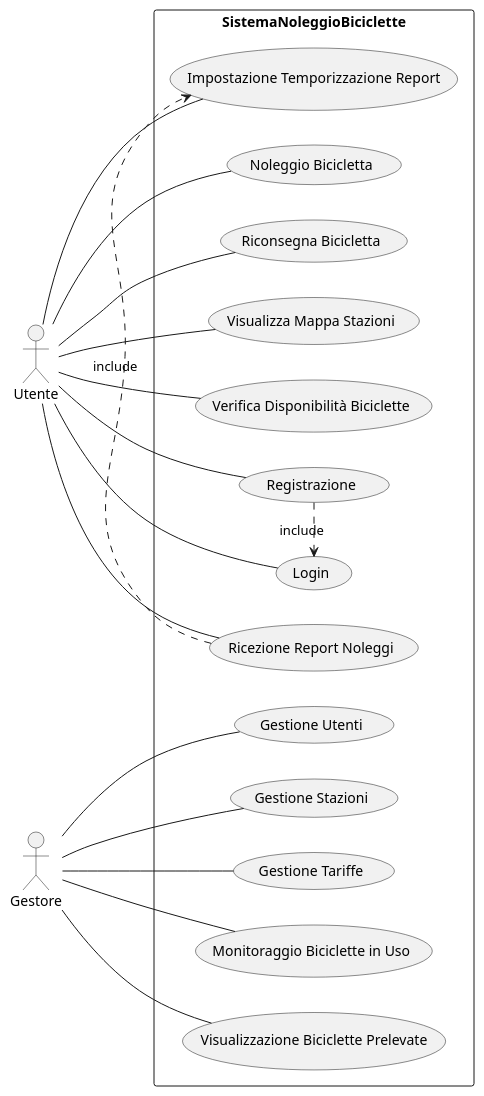
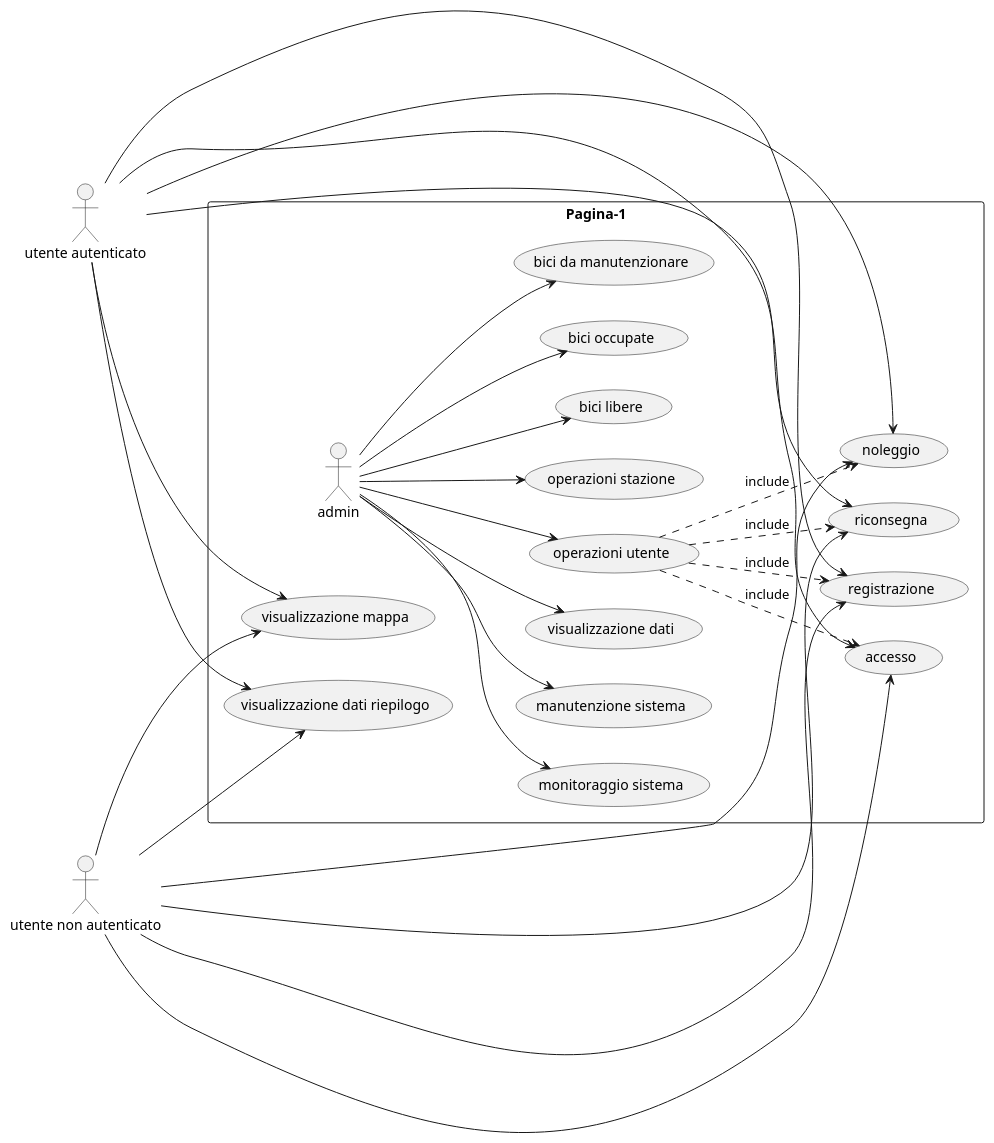
One commit to andredisa/verificaEsame changed the diagram in documentazione/useCase.puml. Above: the diagram before and after it, drawn with PlantUML. The commit also changed 1 other file, not shown here.

```diff
--- a/documentazione/useCase.puml
+++ b/documentazione/useCase.puml
@@ -1,26 +1,54 @@
 @startuml
+
 left to right direction
-skinparam packageStyle rectangle
-actor Utente as U
-actor Gestore as G
 
-rectangle SistemaNoleggioBiciclette {
-  U -- (Registrazione)
-  (Registrazione) .> (Login) : include
-  U -- (Login)
-  U -- (Noleggio Bicicletta)
-  U -- (Riconsegna Bicicletta)
-  U -- (Visualizza Mappa Stazioni)
-  U -- (Verifica Disponibilità Biciclette)
-  U -- (Ricezione Report Noleggi)
-  (Ricezione Report Noleggi) .> (Impostazione Temporizzazione Report) : include
-  U -- (Impostazione Temporizzazione Report)
+actor "utente autenticato" as UtenteAutenticato
+actor "utente non autenticato" as UtenteNonAutenticato
 
-  G -- (Monitoraggio Biciclette in Uso)
-  G -- (Visualizzazione Biciclette Prelevate)
-  G -- (Gestione Utenti)
-  G -- (Gestione Stazioni)
-  G -- (Gestione Tariffe)
+rectangle "Pagina-1" {
+    actor "admin" as Admin
+    usecase "monitoraggio sistema" as Monitoraggio
+    usecase "manutenzione sistema" as Manutenzione
+    usecase "visualizzazione dati" as Visualizzazione
+    usecase "operazioni utente" as OperazioniUtente
+    usecase "operazioni stazione" as OperazioniStazione
+    usecase "bici libere" as BiciLibere
+    usecase "bici occupate" as BiciOccupate
+    usecase "bici da manutenzionare" as BiciDaManutenzionare
+    usecase "registrazione" as Registrazione
+    usecase "visualizzazione mappa" as VisualizzazioneMappa
+    usecase "accesso" as Accesso
+    usecase "noleggio" as Noleggio
+    usecase "riconsegna" as Riconsegna
+    usecase "visualizzazione dati riepilogo" as VisualizzazioneRiepilogo
+
+    UtenteAutenticato --> (Registrazione)
+    UtenteAutenticato --> (VisualizzazioneMappa)
+    UtenteAutenticato --> (Accesso)
+    UtenteAutenticato --> (Noleggio)
+    UtenteAutenticato --> (Riconsegna)
+    UtenteAutenticato --> (VisualizzazioneRiepilogo)
+
+    UtenteNonAutenticato --> (Registrazione)
+    UtenteNonAutenticato --> (VisualizzazioneMappa)
+    UtenteNonAutenticato --> (Accesso)
+    UtenteNonAutenticato --> (Noleggio)
+    UtenteNonAutenticato --> (Riconsegna)
+    UtenteNonAutenticato --> (VisualizzazioneRiepilogo)
+
+    Admin --> Monitoraggio
+    Admin --> Manutenzione
+    Admin --> Visualizzazione
+    Admin --> OperazioniUtente
+    Admin --> OperazioniStazione
+    Admin --> BiciLibere
+    Admin --> BiciOccupate
+    Admin --> BiciDaManutenzionare
+
+    OperazioniUtente ..> (Registrazione) : include
+    OperazioniUtente ..> (Accesso) : include
+    OperazioniUtente ..> (Noleggio) : include
+    OperazioniUtente ..> (Riconsegna) : include
 }
 
 @enduml
```
